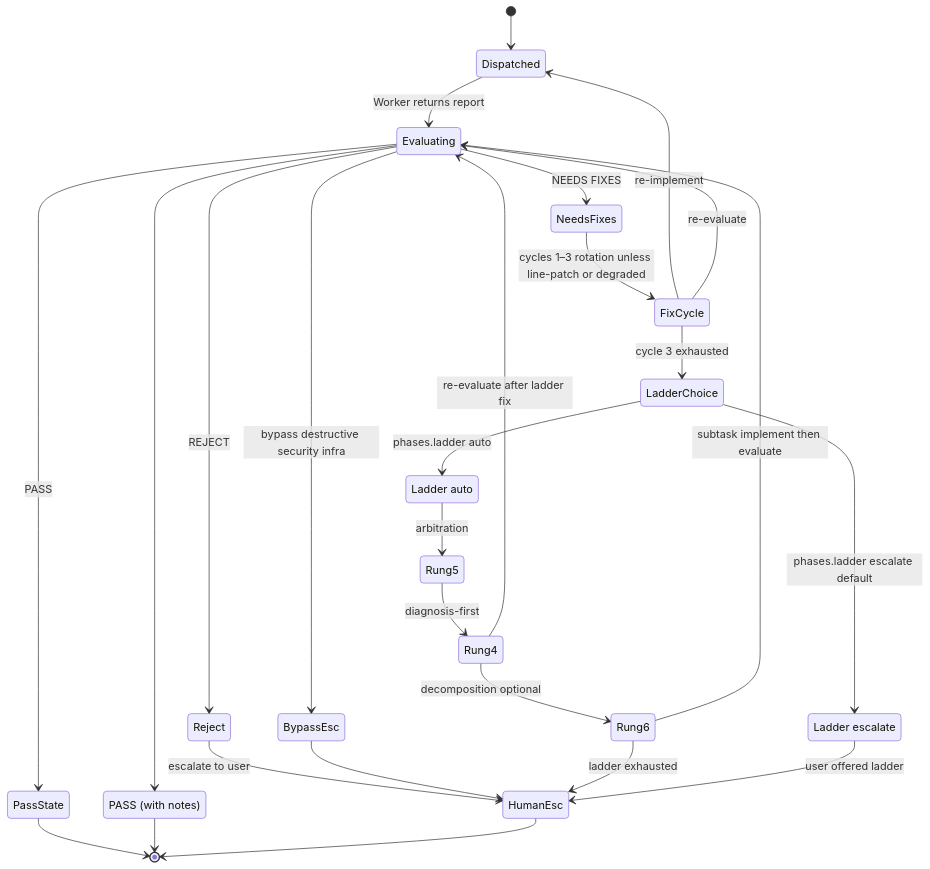
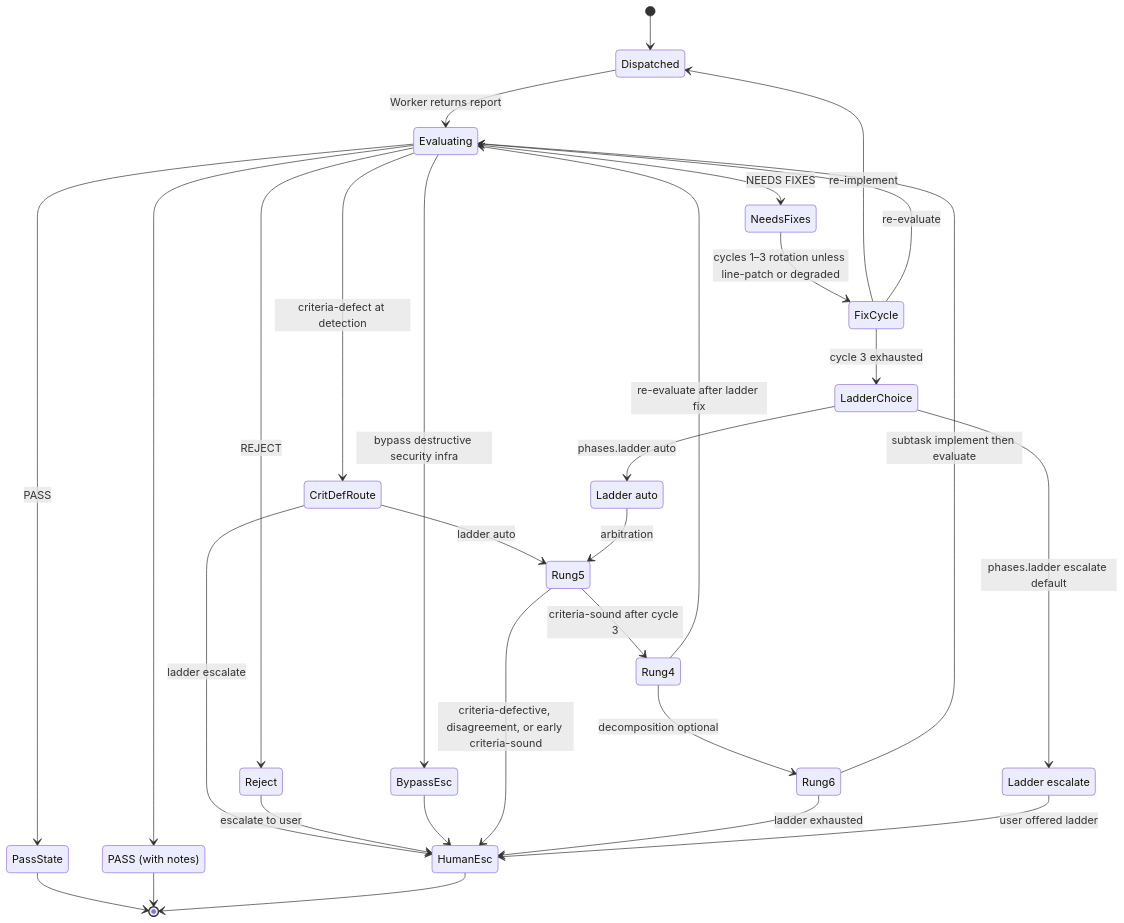
One commit to kdcllc/skills changed the seventh of 12 diagrams in docs/agent-kit/guide/architecture.md. Above: the diagram before and after it, drawn with Mermaid. The commit also changed other lines of this file and 341 other files, not shown here.

````diff
--- a/docs/agent-kit/guide/architecture.md
+++ b/docs/agent-kit/guide/architecture.md
@@ -210,31 +210,35 @@
 ```mermaid
 stateDiagram-v2
     [*] --> Dispatched
     Dispatched --> Evaluating: Worker returns report
     Evaluating --> PassState: PASS
     state "PASS (with notes)" as PassNotes
     Evaluating --> PassNotes
     Evaluating --> NeedsFixes: NEEDS FIXES
     Evaluating --> Reject: REJECT
     Evaluating --> BypassEsc: bypass destructive security infra
+    Evaluating --> CritDefRoute: criteria-defect at detection
+    CritDefRoute --> Rung5: ladder auto
+    CritDefRoute --> HumanEsc: ladder escalate
     PassState --> [*]
     PassNotes --> [*]
     Reject --> HumanEsc: escalate to user
     BypassEsc --> HumanEsc
     NeedsFixes --> FixCycle: cycles 1–3 rotation unless line-patch or degraded
     FixCycle --> Dispatched: re-implement
     FixCycle --> Evaluating: re-evaluate
     FixCycle --> LadderChoice: cycle 3 exhausted
     state "Ladder auto" as LadderAuto
     state "Ladder escalate" as LadderEsc
     LadderChoice --> LadderAuto: phases.ladder auto
     LadderChoice --> LadderEsc: phases.ladder escalate default
     LadderAuto --> Rung5: arbitration
-    Rung5 --> Rung4: diagnosis-first
+    Rung5 --> Rung4: criteria-sound after cycle 3
+    Rung5 --> HumanEsc: criteria-defective, disagreement, or early criteria-sound
     Rung4 --> Evaluating: re-evaluate after ladder fix
     Rung4 --> Rung6: decomposition optional
     Rung6 --> Evaluating: subtask implement then evaluate
     Rung6 --> HumanEsc: ladder exhausted
     LadderEsc --> HumanEsc: user offered ladder
     HumanEsc --> [*]
 ```
````
